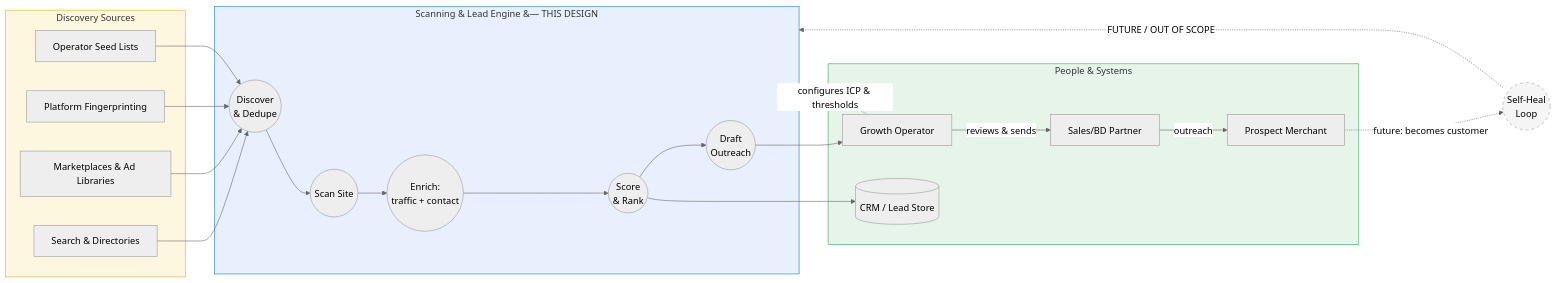
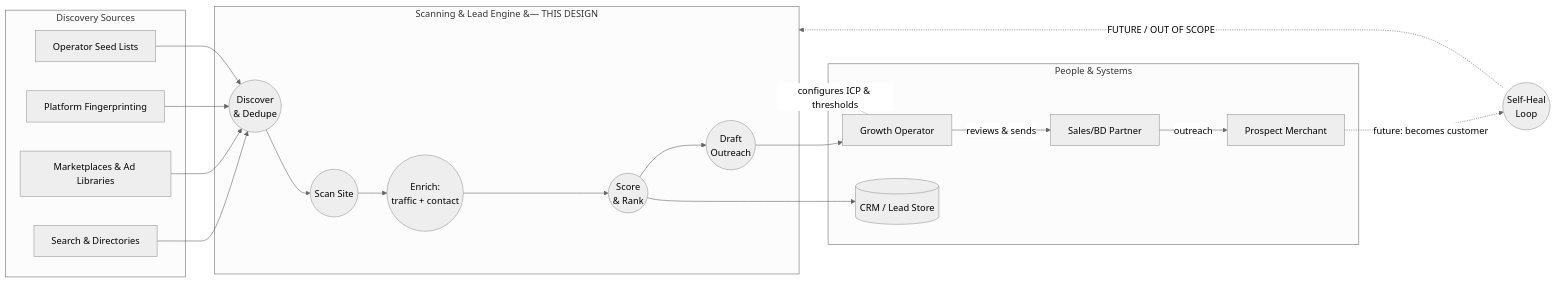
Before and after one commit to omars-lab/omars-lab.github.io: the first of 13 diagrams in bytesofpurpose-blog/designs/2026-06-21-ecommerce-site-scanner-and-lead-generation-engine.mdx, drawn with Mermaid (neutral theme). The commit also changed other lines of this file and 6 other files, not shown here.

First line of the commit message:
feat(designs): on-brand mermaid theme + dark-mode-adaptive diagrams

````diff
--- a/bytesofpurpose-blog/designs/2026-06-21-ecommerce-site-scanner-and-lead-generation-engine.mdx
+++ b/bytesofpurpose-blog/designs/2026-06-21-ecommerce-site-scanner-and-lead-generation-engine.mdx
@@ -72,44 +72,40 @@
 ```mermaid
 %% animate: flow
 graph LR
     subgraph sources["Discovery Sources"]
         SE[Search & Directories]
         MP[Marketplaces & Ad Libraries]
         FP[Platform Fingerprinting]
         SEED[Operator Seed Lists]
     end
 
     subgraph engine["Scanning & Lead Engine &#8212; THIS DESIGN"]
         DISC((Discover\n& Dedupe))
         SCAN((Scan Site))
         ENRICH((Enrich:\ntraffic + contact))
         SCORE((Score\n& Rank))
         DRAFT((Draft\nOutreach))
     end
 
     subgraph people["People & Systems"]
         OP[Growth Operator]
         BD[Sales/BD Partner]
         CRM[(CRM / Lead Store)]
         PROSPECT[Prospect Merchant]
     end
 
     SE --> DISC
     MP --> DISC
     FP --> DISC
     SEED --> DISC
     DISC --> SCAN --> ENRICH --> SCORE --> DRAFT
     SCORE --> CRM
     DRAFT --> OP
     OP -->|reviews & sends| BD
     BD -->|outreach| PROSPECT
     OP -.->|configures ICP & thresholds| engine
 
     PROSPECT -.->|future: becomes customer| HEAL((Self-Heal\nLoop))
     HEAL -.->|FUTURE / OUT OF SCOPE| engine
 
-    style engine fill:#e8f0fe,stroke:#1a73e8
-    style HEAL fill:#f5f5f5,stroke:#9e9e9e,stroke-dasharray: 5 5
-    style sources fill:#fef7e0,stroke:#f9ab00
-    style people fill:#e6f4ea,stroke:#34a853
 ```
````
